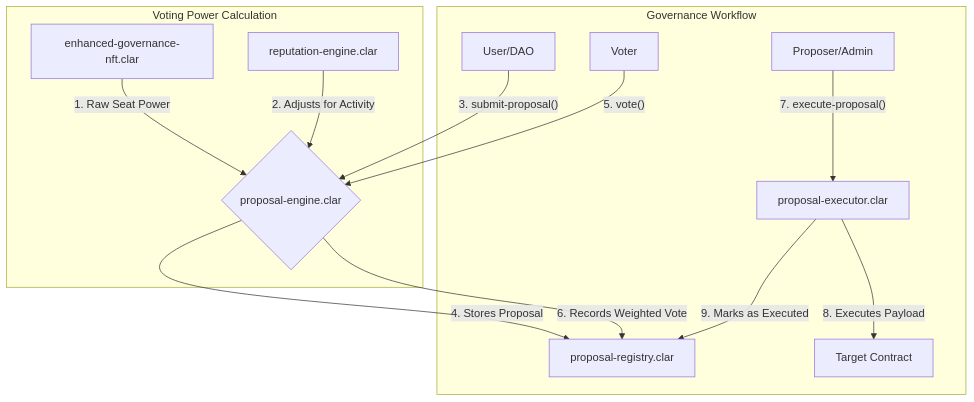
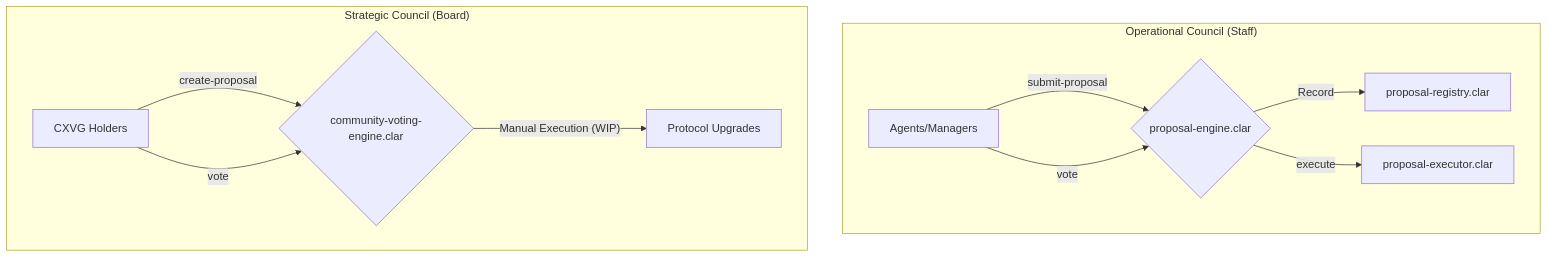
One commit to Anya-org/Conxian changed the diagram in contracts/governance/README.md. Above: the diagram before and after it, drawn with Mermaid. The commit also changed other lines of this file and 28 other files, not shown here.

````diff
--- a/contracts/governance/README.md
+++ b/contracts/governance/README.md
@@ -21,17 +22,15 @@
 ```mermaid
 graph TD
-    subgraph "Voting Power Calculation"
-        A[enhanced-governance-nft.clar] -- 1. Raw Seat Power --> B{proposal-engine.clar};
-        C[reputation-engine.clar] -- 2. Adjusts for Activity --> B;
+    subgraph "Operational Council (Staff)"
+        A[Agents/Managers] -- submit-proposal --> B{proposal-engine.clar};
+        B -- Record --> C[proposal-registry.clar];
+        A -- vote --> B;
+        B -- execute --> D[proposal-executor.clar];
     end
 
-    subgraph "Governance Workflow"
-        D[User/DAO] -- 3. submit-proposal() --> B;
-        B -- 4. Stores Proposal --> E[proposal-registry.clar];
-        F[Voter] -- 5. vote() --> B;
-        B -- 6. Records Weighted Vote --> E;
-        G[Proposer/Admin] -- 7. execute-proposal() --> H[proposal-executor.clar];
-        H -- 8. Executes Payload --> I[Target Contract];
-        H -- 9. Marks as Executed --> E;
+    subgraph "Strategic Council (Board)"
+        E[CXVG Holders] -- create-proposal --> F{community-voting-engine.clar};
+        E -- vote --> F;
+        F -- "Manual Execution (WIP)" --> G[Protocol Upgrades];
     end
 ```
````
